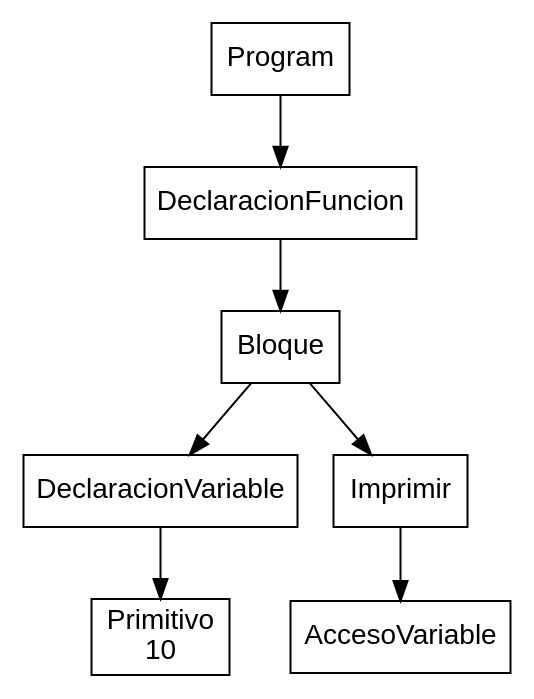
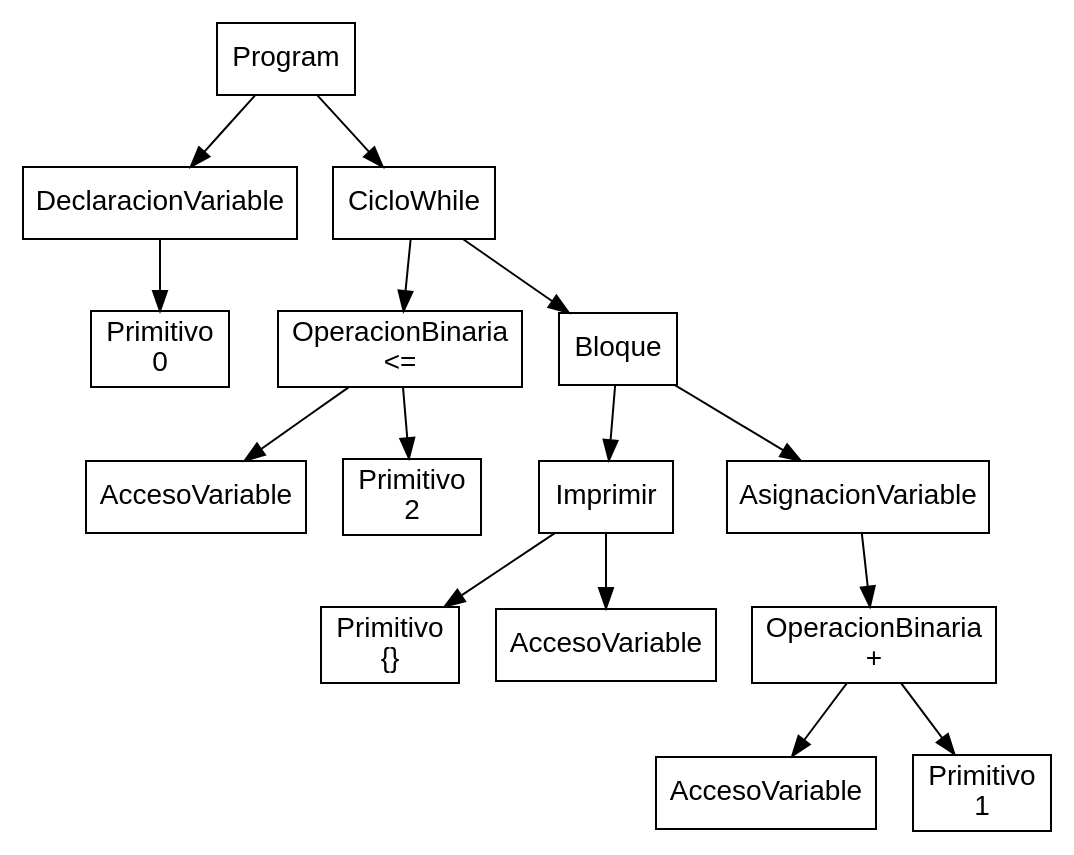
The diagram in reporte_ast.dot (0scarGomez/OLC2_N_P1_2S2026), drawn with Graphviz before and after one commit. The commit also changed 5 other files, not shown here.

```diff
--- a/reporte_ast.dot
+++ b/reporte_ast.dot
@@ -1,16 +1,32 @@
 digraph AST {
 node [shape=box, style=solid, fontname="Arial"];
 root [label="Program"];
-node_1 [label="DeclaracionFuncion"];
+node_1 [label="DeclaracionVariable"];
 root -> node_1;
-node_2 [label="Bloque"];
+node_2 [label="Primitivo\n0"];
 node_1 -> node_2;
-node_3 [label="DeclaracionVariable"];
-node_2 -> node_3;
-node_4 [label="Primitivo\n10"];
+node_3 [label="CicloWhile"];
+root -> node_3;
+node_4 [label="OperacionBinaria\n<="];
 node_3 -> node_4;
-node_5 [label="Imprimir"];
-node_2 -> node_5;
-node_6 [label="AccesoVariable"];
-node_5 -> node_6;
+node_5 [label="AccesoVariable"];
+node_4 -> node_5;
+node_6 [label="Primitivo\n2"];
+node_4 -> node_6;
+node_7 [label="Bloque"];
+node_3 -> node_7;
+node_8 [label="Imprimir"];
+node_7 -> node_8;
+node_9 [label="Primitivo\n{}"];
+node_8 -> node_9;
+node_10 [label="AccesoVariable"];
+node_8 -> node_10;
+node_11 [label="AsignacionVariable"];
+node_7 -> node_11;
+node_12 [label="OperacionBinaria\n+"];
+node_11 -> node_12;
+node_13 [label="AccesoVariable"];
+node_12 -> node_13;
+node_14 [label="Primitivo\n1"];
+node_12 -> node_14;
 }
```
